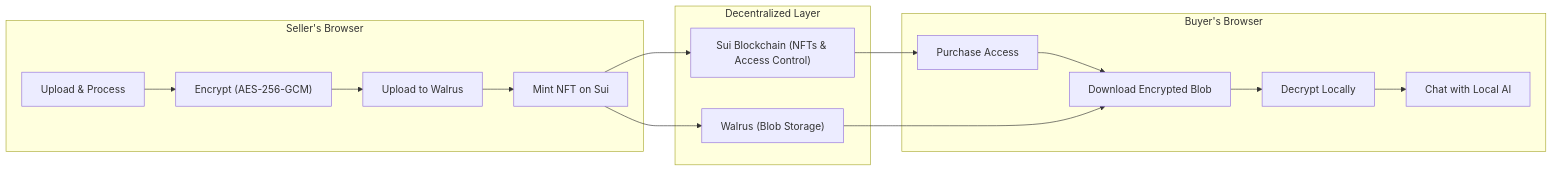
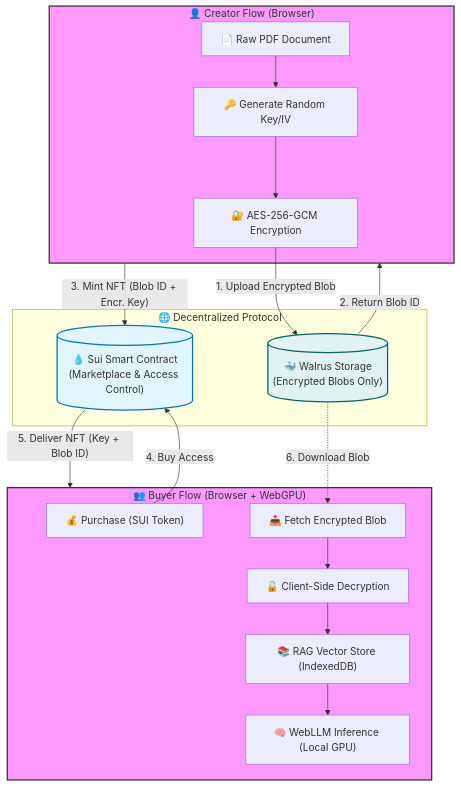
The diagram in README.md (soumyacodes007/Ghost_context_1), drawn with Mermaid before and after one commit.

````diff
--- a/README.md
+++ b/README.md
@@ -234,28 +234,49 @@
 ```mermaid
-flowchart LR
-   subgraph Seller["Seller's Browser"]
-      U1["Upload & Process"]
-      U2["Encrypt (AES-256-GCM)"]
-      U3["Upload to Walrus"]
-      U4["Mint NFT on Sui"]
-      U1 --> U2 --> U3 --> U4
-   end
+flowchart TD
+    %% Styling
+    classDef browser fill:#f9f,stroke:#333,stroke-width:2px;
+    classDef chain fill:#e1f5fe,stroke:#0277bd,stroke-width:2px;
+    classDef storage fill:#e0f2f1,stroke:#00695c,stroke-width:2px;
 
-   subgraph Decentralized["Decentralized Layer"]
-      Walrus["Walrus (Blob Storage)"]
-      Sui["Sui Blockchain (NFTs & Access Control)"]
-   end
+    subgraph Creator ["👤 Creator Flow (Browser)"]
+        Raw["📄 Raw PDF Document"]
+        Encrypt["🔐 AES-256-GCM Encryption"]
+        KeyGen["🔑 Generate Random Key/IV"]
+        
+        Raw --> KeyGen
+        KeyGen --> Encrypt
+    end
 
-   subgraph Buyer["Buyer's Browser"]
-      B1["Purchase Access"]
-      B2["Download Encrypted Blob"]
-      B3["Decrypt Locally"]
-      B4["Chat with Local AI"]
-      B1 --> B2 --> B3 --> B4
-   end
+    subgraph Infrastructure ["🌐 Decentralized Protocol"]
+        Walrus[("🐳 Walrus Storage\n(Encrypted Blobs Only)")]
+        Sui[("💧 Sui Smart Contract\n(Marketplace & Access Control)")]
+    end
 
-   U4 --> Walrus
-   U4 --> Sui
-   Walrus --> B2
-   Sui --> B1
+    subgraph Consumer ["👥 Buyer Flow (Browser + WebGPU)"]
+        Pay["💰 Purchase (SUI Token)"]
+        Fetch["📥 Fetch Encrypted Blob"]
+        Decrypt["🔓 Client-Side Decryption"]
+        Vector["📚 RAG Vector Store (IndexedDB)"]
+        Inference["🧠 WebLLM Inference (Local GPU)"]
+    end
+
+    %% Connections - Upload Flow
+    Encrypt -- "1. Upload Encrypted Blob" --> Walrus
+    Walrus -- "2. Return Blob ID" --> Creator
+    Creator -- "3. Mint NFT (Blob ID + Encr. Key)" --> Sui
+
+    %% Connections - Purchase Flow
+    Pay -- "4. Buy Access" --> Sui
+    Sui -- "5. Deliver NFT (Key + Blob ID)" --> Consumer
+    
+    %% Connections - Usage Flow
+    Walrus -.->|"6. Download Blob"| Fetch
+    Fetch --> Decrypt
+    Decrypt --> Vector
+    Vector --> Inference
+
+    %% Apply Styles
+    class Creator,Consumer browser;
+    class Sui chain;
+    class Walrus storage;
 ```
````
